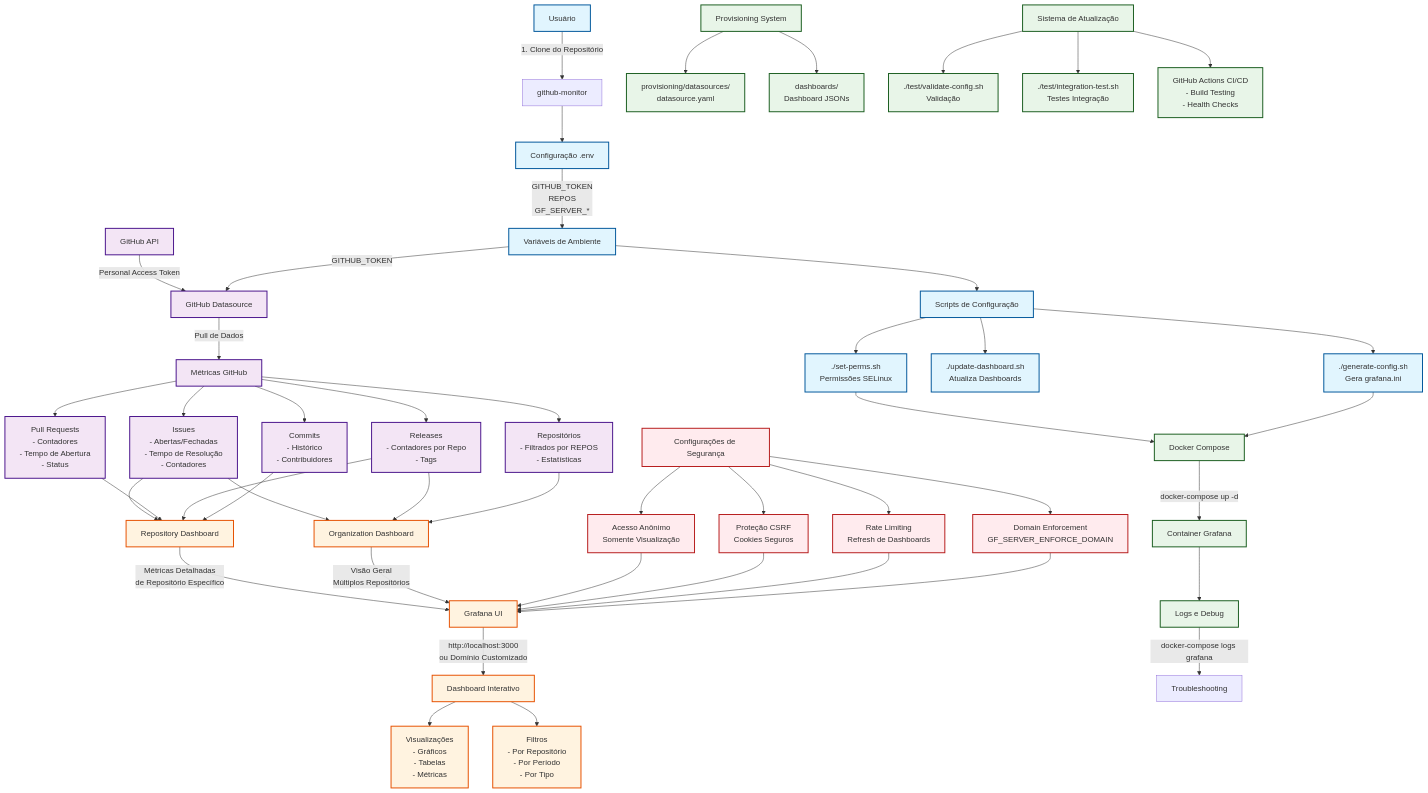
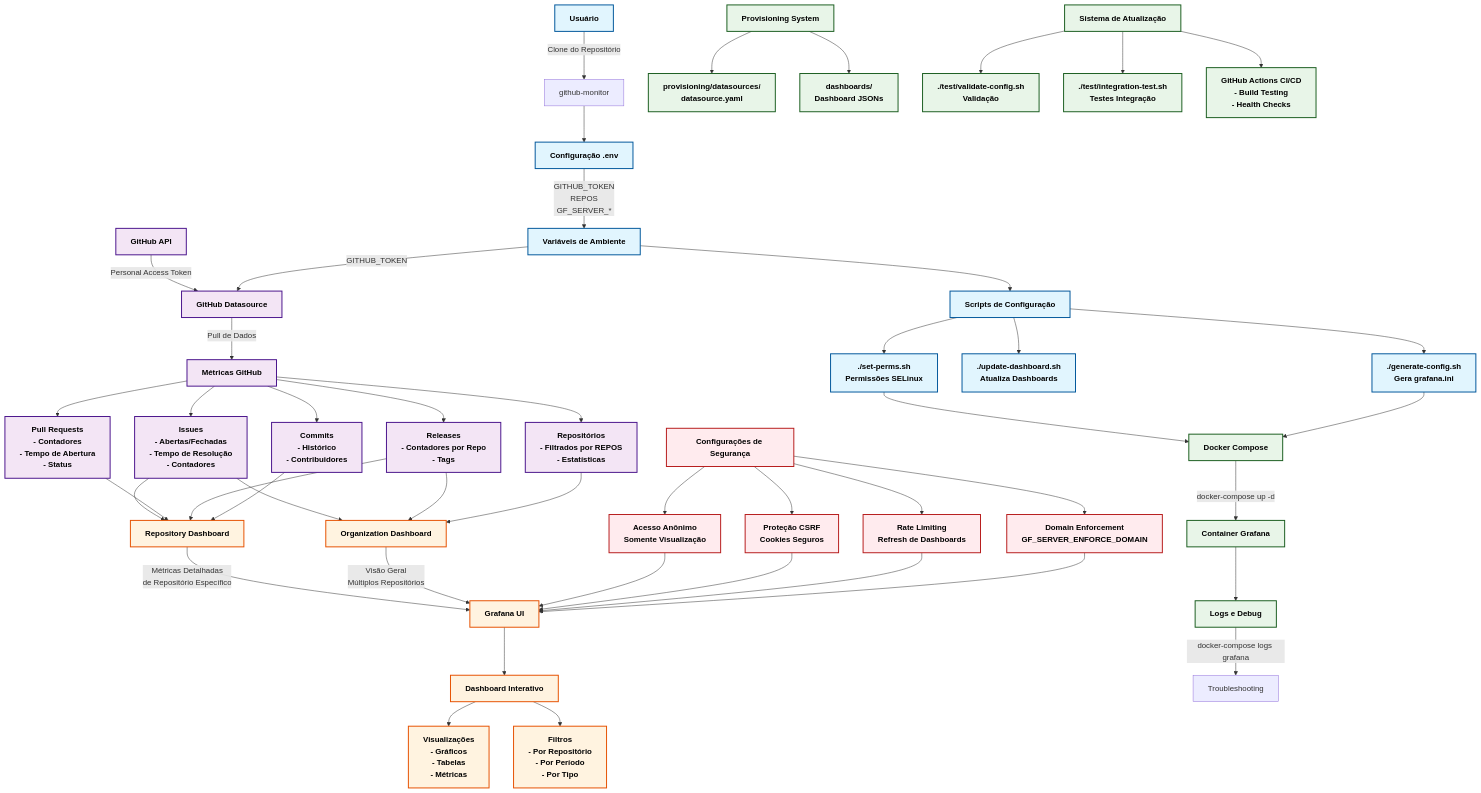
Before and after one commit to yan-luca/github-monitor: the diagram in docs/fluxogramaDeDados.md, drawn with Mermaid. The commit also changed 1 other file, not shown here.

Commit message:
docs: adiciona Fluxograma dos dados

````diff
--- a/docs/fluxogramaDeDados.md
+++ b/docs/fluxogramaDeDados.md
@@ -3,7 +3,7 @@
 ```mermaid
 graph TD
     %% Configuração Inicial
-    A[Usuário] -->|1. Clone do Repositório| B[github-monitor]
+    A[Usuário] -->|Clone do Repositório| B[github-monitor]
     B --> C[Configuração .env]
     C -->|GITHUB_TOKEN<br/>REPOS<br/>GF_SERVER_*| D[Variáveis de Ambiente]
     
@@ -60,7 +60,7 @@
     O4 --> M
     
     %% Acesso Final
-    M -->|http://localhost:3000<br/>ou Domínio Customizado| P[Dashboard Interativo]
+    M -->P[Dashboard Interativo]
     P --> P1[Visualizações<br/>- Gráficos<br/>- Tabelas<br/>- Métricas]
     P --> P2[Filtros<br/>- Por Repositório<br/>- Por Período<br/>- Por Tipo]
     
@@ -76,11 +76,11 @@
     R -->|docker-compose logs grafana| S[Troubleshooting]
     
     %% Estilos
-    classDef configClass fill:#e1f5fe,stroke:#01579b,stroke-width:2px
-    classDef dataClass fill:#f3e5f5,stroke:#4a148c,stroke-width:2px
-    classDef systemClass fill:#e8f5e8,stroke:#1b5e20,stroke-width:2px
-    classDef uiClass fill:#fff3e0,stroke:#e65100,stroke-width:2px
-    classDef securityClass fill:#ffebee,stroke:#b71c1c,stroke-width:2px
+    classDef configClass fill:#e1f5fe,stroke:#01579b,stroke-width:2px,color:#000,font-weight:bold
+    classDef dataClass fill:#f3e5f5,stroke:#4a148c,stroke-width:2px,color:#000,font-weight:bold
+    classDef systemClass fill:#e8f5e8,stroke:#1b5e20,stroke-width:2px,color:#000,font-weight:bold
+    classDef uiClass fill:#fff3e0,stroke:#e65100,stroke-width:2px,color:#000,font-weight:bold
+    classDef securityClass fill:#ffebee,stroke:#b71c1c,stroke-width:2px,color:#000,font-weight:bold
     
     class A,C,D,E,E1,E2,E3 configClass
     class H,I,J,J1,J2,J3,J4,J5 dataClass
````
